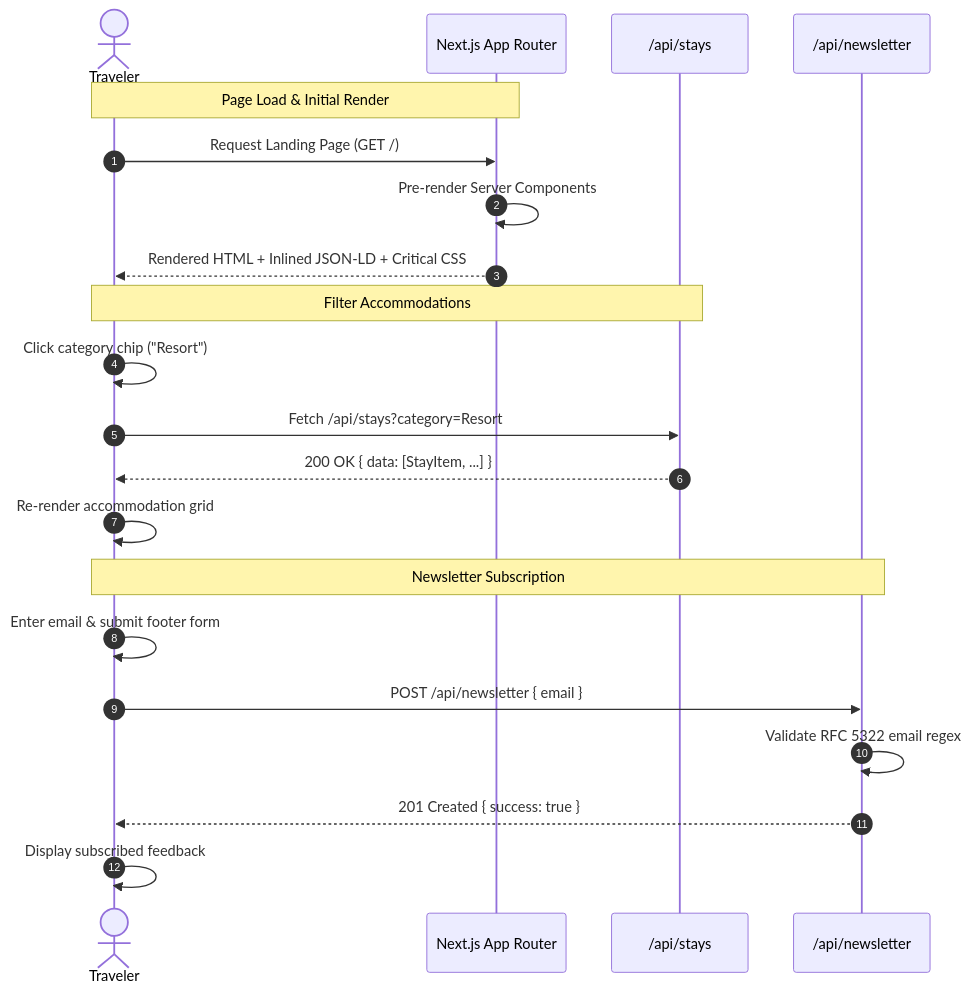
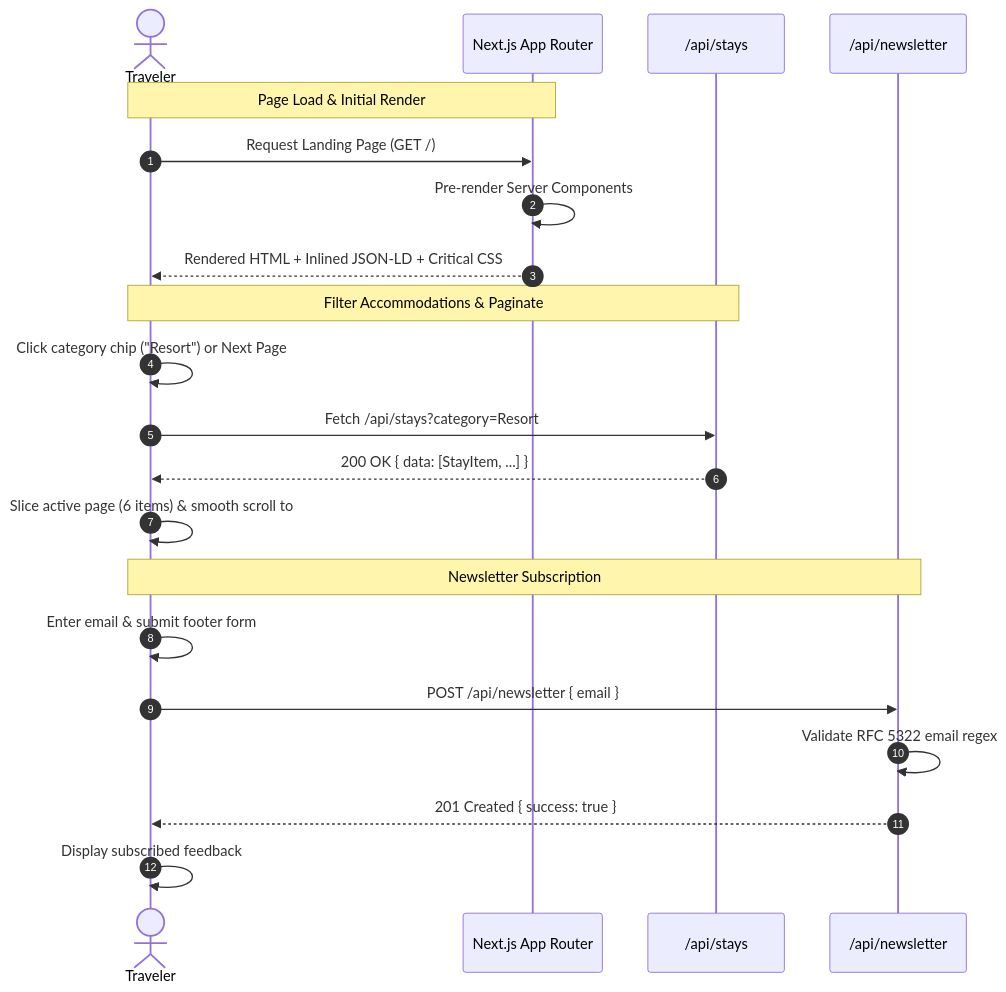
The second of 2 diagrams in ARCHITECTURE.md (aaditya09750/WanderLush-landingpage), drawn with Mermaid before and after one commit. The commit also changed other lines of this file and 9 other files, not shown here.

Commit message:
docs(repo): update documentation, architecture specifications, changelog v1.1.0, and developer references

````diff
--- a/ARCHITECTURE.md
+++ b/ARCHITECTURE.md
@@ -60,26 +64,26 @@
 ```mermaid
 sequenceDiagram
     autonumber
     actor Traveler as Traveler
     participant App as Next.js App Router
     participant StaysAPI as /api/stays
     participant NewsAPI as /api/newsletter
 
     Note over Traveler, App: Page Load & Initial Render
     Traveler->>App: Request Landing Page (GET /)
     App->>App: Pre-render Server Components
     App-->>Traveler: Rendered HTML + Inlined JSON-LD + Critical CSS
 
-    Note over Traveler, StaysAPI: Filter Accommodations
-    Traveler->>Traveler: Click category chip ("Resort")
+    Note over Traveler, StaysAPI: Filter Accommodations & Paginate
+    Traveler->>Traveler: Click category chip ("Resort") or Next Page
     Traveler->>StaysAPI: Fetch /api/stays?category=Resort
     StaysAPI-->>Traveler: 200 OK { data: [StayItem, ...] }
-    Traveler->>Traveler: Re-render accommodation grid
+    Traveler->>Traveler: Slice active page (6 items) & smooth scroll to #stays
 
     Note over Traveler, NewsAPI: Newsletter Subscription
     Traveler->>Traveler: Enter email & submit footer form
     Traveler->>NewsAPI: POST /api/newsletter { email }
     NewsAPI->>NewsAPI: Validate RFC 5322 email regex
     NewsAPI-->>Traveler: 201 Created { success: true }
     Traveler->>Traveler: Display subscribed feedback
 ```
````
